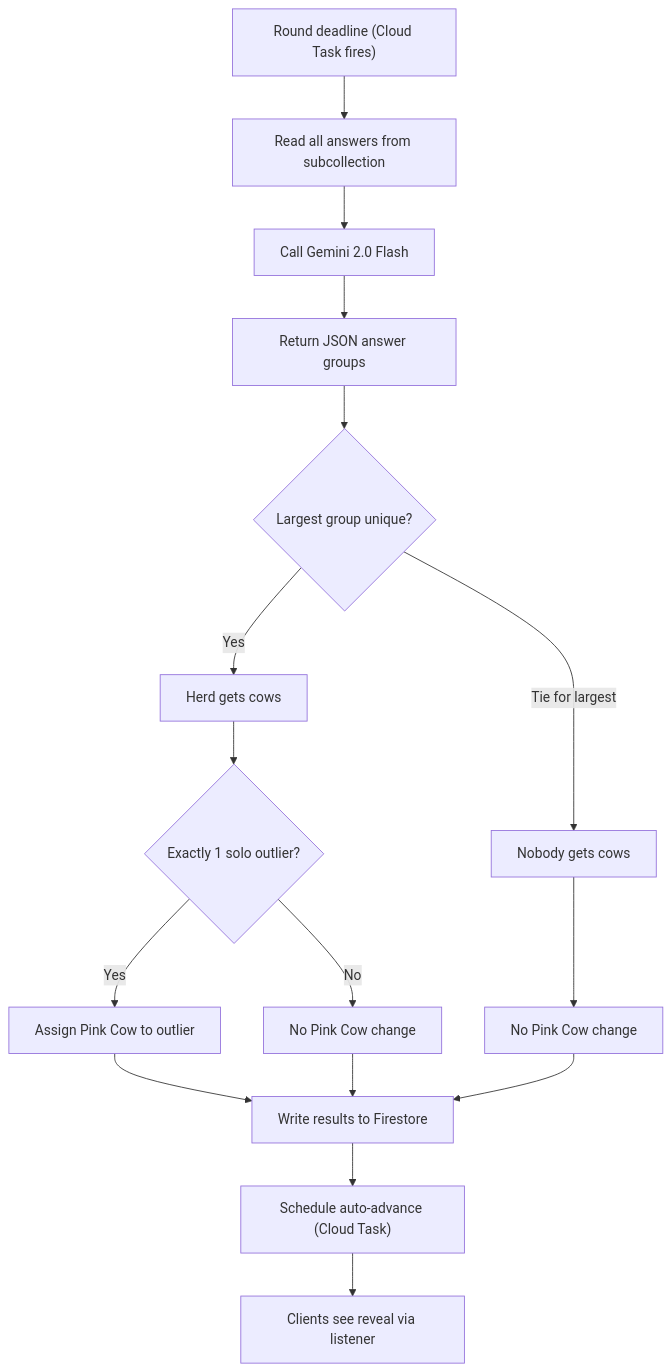
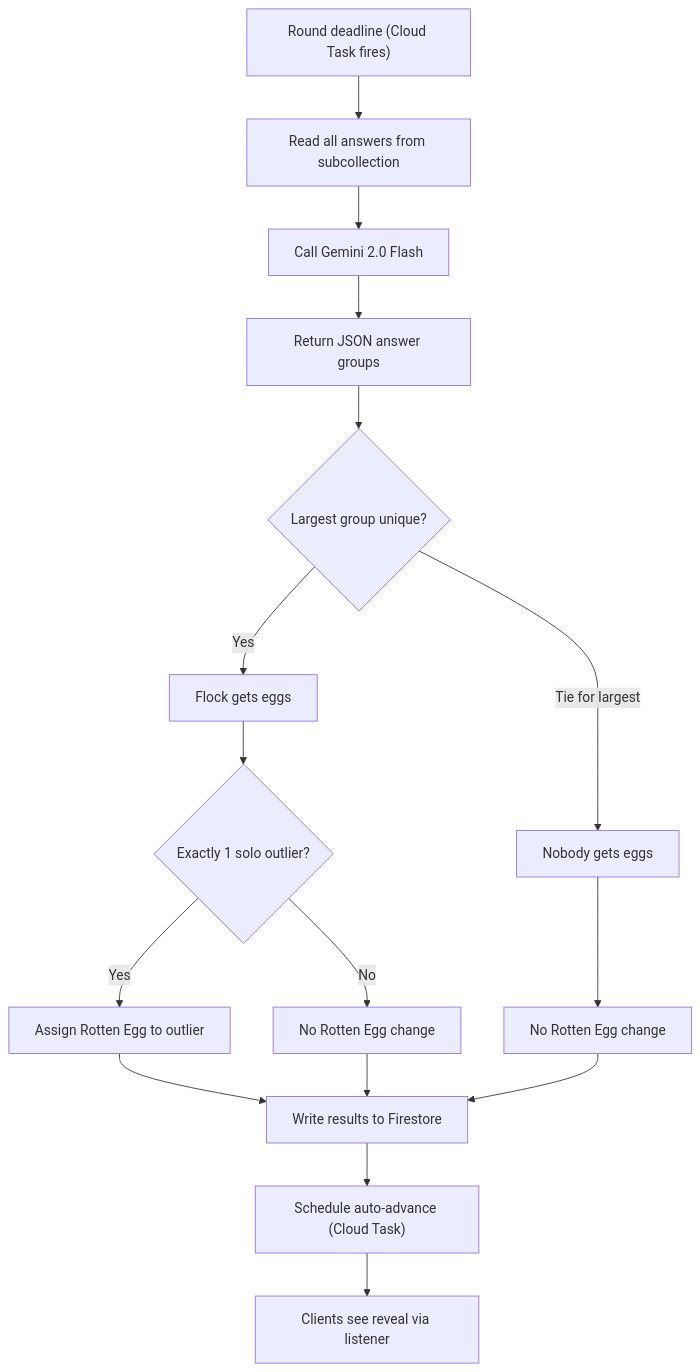
Before and after one commit to barrand/herdmentality: the second of 2 diagrams in BUILD_PLAN.md, drawn with Mermaid. The commit also changed other lines of this file and 15 other files, not shown here.

First line of the commit message:
Retheme from Herd Mentality to Flock Together (chicken theme)

````diff
--- a/BUILD_PLAN.md
+++ b/BUILD_PLAN.md
@@ -200,16 +200,16 @@
 ```mermaid
 flowchart TD
     A["Round deadline (Cloud Task fires)"] --> B[Read all answers from subcollection]
     B --> C[Call Gemini 2.0 Flash]
     C --> D["Return JSON answer groups"]
     D --> E{Largest group unique?}
-    E -->|Yes| F[Herd gets cows]
-    E -->|"Tie for largest"| G[Nobody gets cows]
+    E -->|Yes| F[Flock gets eggs]
+    E -->|"Tie for largest"| G[Nobody gets eggs]
     F --> H{Exactly 1 solo outlier?}
-    H -->|Yes| I[Assign Pink Cow to outlier]
-    H -->|No| J[No Pink Cow change]
-    G --> K[No Pink Cow change]
+    H -->|Yes| I[Assign Rotten Egg to outlier]
+    H -->|No| J[No Rotten Egg change]
+    G --> K[No Rotten Egg change]
     I & J & K --> L[Write results to Firestore]
     L --> M["Schedule auto-advance (Cloud Task)"]
     M --> N[Clients see reveal via listener]
 ```
````
